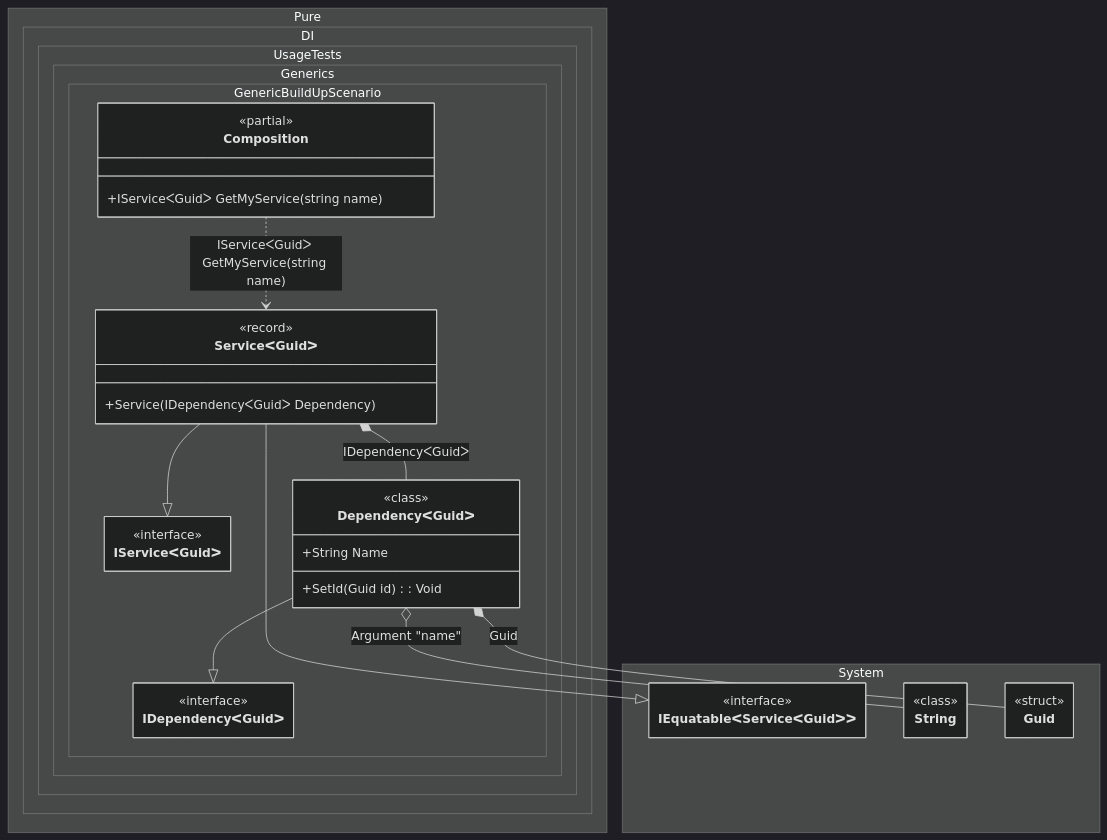
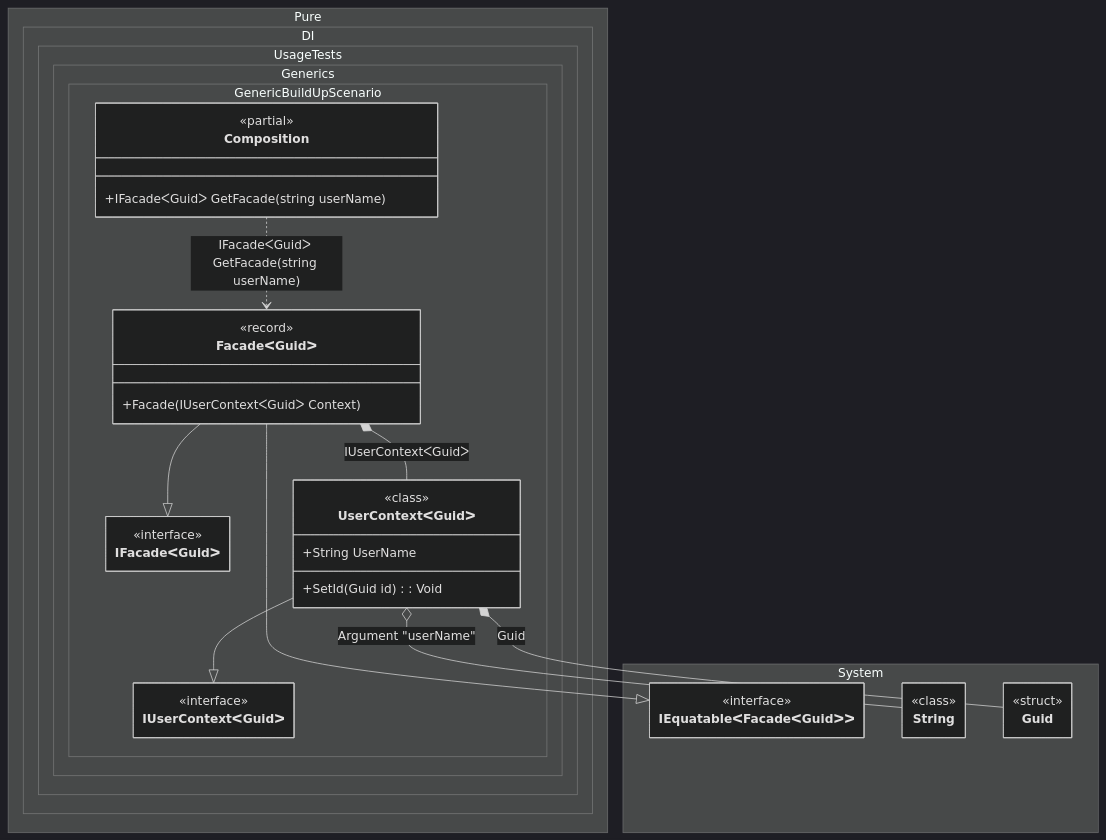
The diagram in readme/build-up-of-an-existing-generic-object.md (DevTeam/Pure.DI), drawn with Mermaid (dark theme) before and after one commit. The commit also changed other lines of this file and 126 other files, not shown here.

````diff
--- a/readme/build-up-of-an-existing-generic-object.md
+++ b/readme/build-up-of-an-existing-generic-object.md
@@ -131,49 +137,49 @@
 ```mermaid
 ---
  config:
   maxTextSize: 2147483647
   maxEdges: 2147483647
   class:
    hideEmptyMembersBox: true
 ---
 classDiagram
-	ServiceᐸGuidᐳ --|> IServiceᐸGuidᐳ
-	ServiceᐸGuidᐳ --|> IEquatableᐸServiceᐸGuidᐳᐳ
-	DependencyᐸGuidᐳ --|> IDependencyᐸGuidᐳ
-	Composition ..> ServiceᐸGuidᐳ : IServiceᐸGuidᐳ GetMyService(string name)
-	ServiceᐸGuidᐳ *--  DependencyᐸGuidᐳ : IDependencyᐸGuidᐳ
-	DependencyᐸGuidᐳ o-- String : Argument "name"
-	DependencyᐸGuidᐳ *--  Guid : Guid
+	FacadeᐸGuidᐳ --|> IFacadeᐸGuidᐳ
+	FacadeᐸGuidᐳ --|> IEquatableᐸFacadeᐸGuidᐳᐳ
+	UserContextᐸGuidᐳ --|> IUserContextᐸGuidᐳ
+	Composition ..> FacadeᐸGuidᐳ : IFacadeᐸGuidᐳ GetFacade(string userName)
+	FacadeᐸGuidᐳ *--  UserContextᐸGuidᐳ : IUserContextᐸGuidᐳ
+	UserContextᐸGuidᐳ o-- String : Argument "userName"
+	UserContextᐸGuidᐳ *--  Guid : Guid
 	namespace Pure.DI.UsageTests.Generics.GenericBuildUpScenario {
 		class Composition {
 		<<partial>>
-		+IServiceᐸGuidᐳ GetMyService(string name)
+		+IFacadeᐸGuidᐳ GetFacade(string userName)
 		}
-		class DependencyᐸGuidᐳ {
-				<<class>>
-			+String Name
-			+SetId(Guid id) : Void
+		class FacadeᐸGuidᐳ {
+				<<record>>
+			+Facade(IUserContextᐸGuidᐳ Context)
 		}
-		class IDependencyᐸGuidᐳ {
+		class IFacadeᐸGuidᐳ {
 			<<interface>>
 		}
-		class IServiceᐸGuidᐳ {
+		class IUserContextᐸGuidᐳ {
 			<<interface>>
 		}
-		class ServiceᐸGuidᐳ {
-				<<record>>
-			+Service(IDependencyᐸGuidᐳ Dependency)
+		class UserContextᐸGuidᐳ {
+				<<class>>
+			+String UserName
+			+SetId(Guid id) : Void
 		}
 	}
 	namespace System {
 		class Guid {
 				<<struct>>
 		}
-		class IEquatableᐸServiceᐸGuidᐳᐳ {
+		class IEquatableᐸFacadeᐸGuidᐳᐳ {
 			<<interface>>
 		}
 		class String {
 				<<class>>
 		}
 	}
 ```
````
